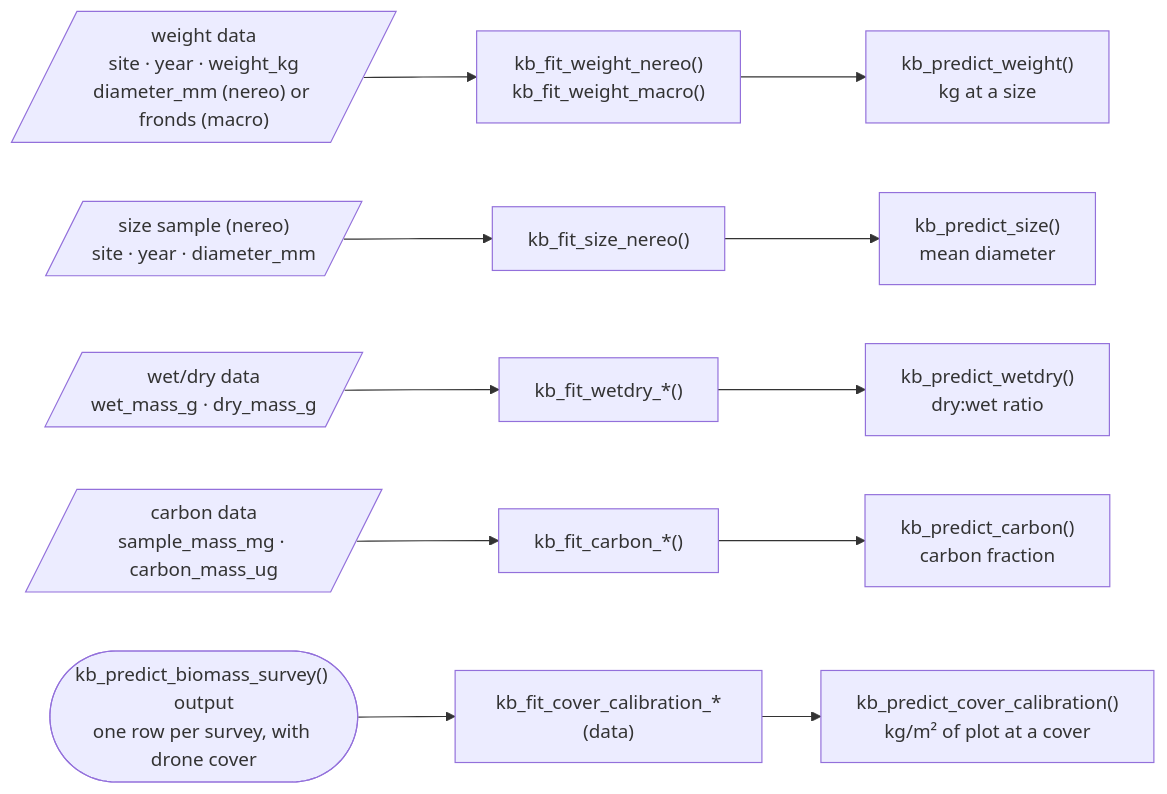
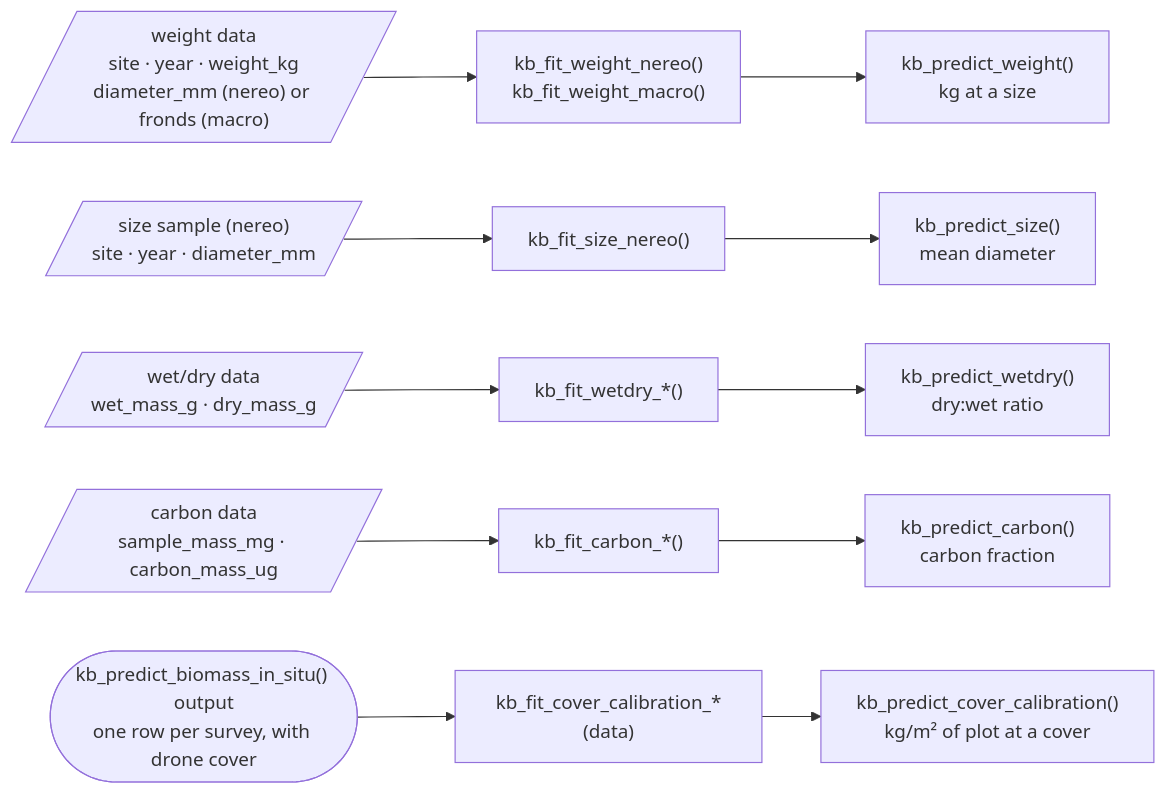
Before and after one commit to HakaiInstitute/kelpbio: the first of 3 diagrams in decisions/architecture.md, drawn with Mermaid. The commit also changed other lines of this file and 132 other files, not shown here.

First line of the commit message:
Rename the survey functions and data to in situ

````diff
--- a/decisions/architecture.md
+++ b/decisions/architecture.md
@@ -36,8 +36,8 @@
 ```mermaid
 flowchart LR
     DW[/"weight data<br/>site · year · weight_kg<br/>diameter_mm (nereo) or fronds (macro)"/] --> FW["kb_fit_weight_nereo()<br/>kb_fit_weight_macro()"] --> MW["kb_predict_weight()<br/>kg at a size"]
     DS[/"size sample (nereo)<br/>site · year · diameter_mm"/] --> FS["kb_fit_size_nereo()"] --> MS["kb_predict_size()<br/>mean diameter"]
     DWD[/"wet/dry data<br/>wet_mass_g · dry_mass_g"/] --> FWD["kb_fit_wetdry_*()"] --> MWD["kb_predict_wetdry()<br/>dry:wet ratio"]
     DC[/"carbon data<br/>sample_mass_mg · carbon_mass_ug"/] --> FC["kb_fit_carbon_*()"] --> MC["kb_predict_carbon()<br/>carbon fraction"]
-    BIO(["kb_predict_biomass_survey() output<br/>one row per survey, with drone cover"]) --> FCC["kb_fit_cover_calibration_*(data)"] --> MCC["kb_predict_cover_calibration()<br/>kg/m² of plot at a cover"]
+    BIO(["kb_predict_biomass_in_situ() output<br/>one row per survey, with drone cover"]) --> FCC["kb_fit_cover_calibration_*(data)"] --> MCC["kb_predict_cover_calibration()<br/>kg/m² of plot at a cover"]
 ```
````
